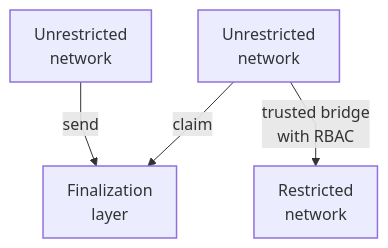
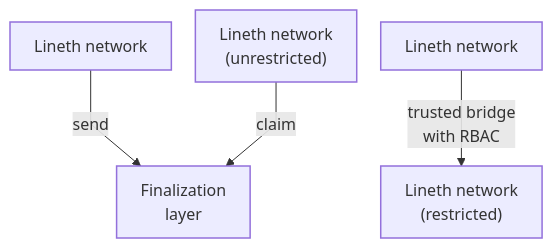
The first of 2 diagrams in docs/stack/deployment/deployment-interoperability.mdx (Consensys/doc.linea), drawn with Mermaid before and after one commit. The commit also changed other lines of this file and 3 other files, not shown here.

````diff
--- a/docs/stack/deployment/deployment-interoperability.mdx
+++ b/docs/stack/deployment/deployment-interoperability.mdx
@@ -31,27 +31,28 @@
 ```mermaid
 %%{init: {
   "themeVariables": {
     "fontFamily": "AtypText, sans-serif"
   },
   "flowchart": {
     "useMaxWidth": true,
     "curve": "linear",
     "nodeSpacing": 24,
     "rankSpacing": 36,
     "padding": 12,
     "wrappingWidth": 160
   }
 }}%%
 flowchart TD
   classDef core stroke-width:1.5px;
   classDef neutral stroke-width:1.5px;
 
-  U1["Unrestricted<br/>network"]:::core
+  U1["Lineth network"]:::core
   FLA["Finalization<br/>layer"]:::neutral
-  U2["Unrestricted<br/>network"]:::core
-  U1 -->|"claim"| FLA
-  U2 -->|"send"| FLA
+  U2["Lineth network<br/>(unrestricted)"]:::core
+  L["Lineth network"]:::core
+  U1 -->|"send"| FLA
+  U2 -->|"claim"| FLA
 
-  R["Restricted<br/>network"]:::core
-  U1 -->|"trusted bridge<br/>with RBAC"| R
+  R["Lineth network<br/>(restricted)"]:::core
+  L -->|"trusted bridge<br/>with RBAC"| R
 ```
````
